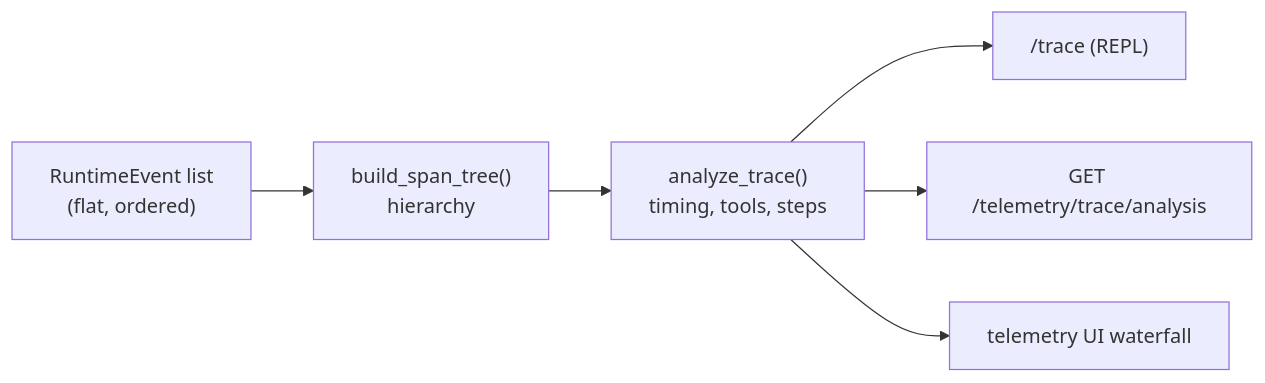
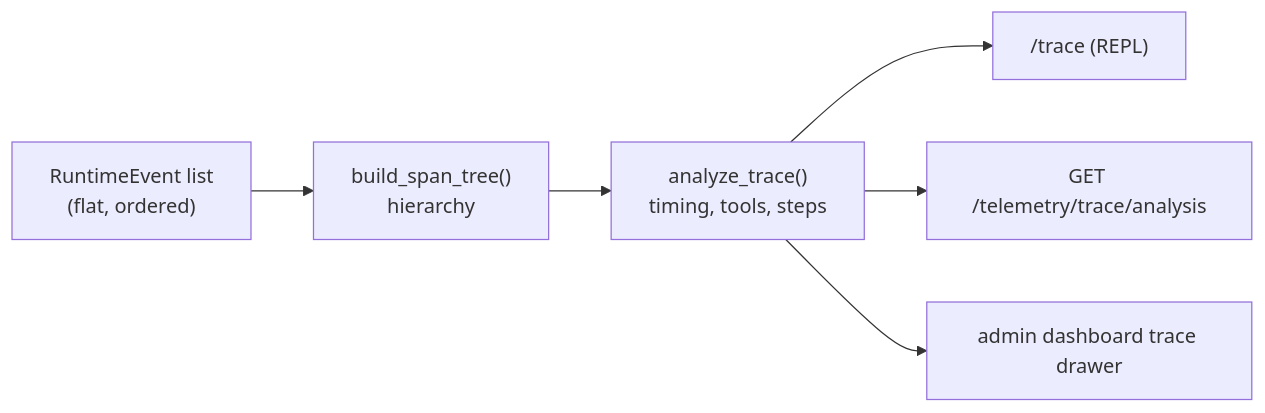
Before and after one commit to imsid/mashpy: the diagram in docs/posts/reading-a-trace.md, drawn with Mermaid. The commit also changed other lines of this file and 3 other files, not shown here.

First line of the commit message:
docs: update blog posts from telemetry UI to the admin dashboard

````diff
--- a/docs/posts/reading-a-trace.md
+++ b/docs/posts/reading-a-trace.md
@@ -17,8 +17,8 @@
 ```mermaid
 flowchart LR
     E["RuntimeEvent list\n(flat, ordered)"] --> T["build_span_tree()\nhierarchy"]
     T --> A["analyze_trace()\ntiming, tools, steps"]
     A --> S1["/trace (REPL)"]
     A --> S2["GET /telemetry/trace/analysis"]
-    A --> S3["telemetry UI waterfall"]
+    A --> S3["admin dashboard trace drawer"]
 ```
````
